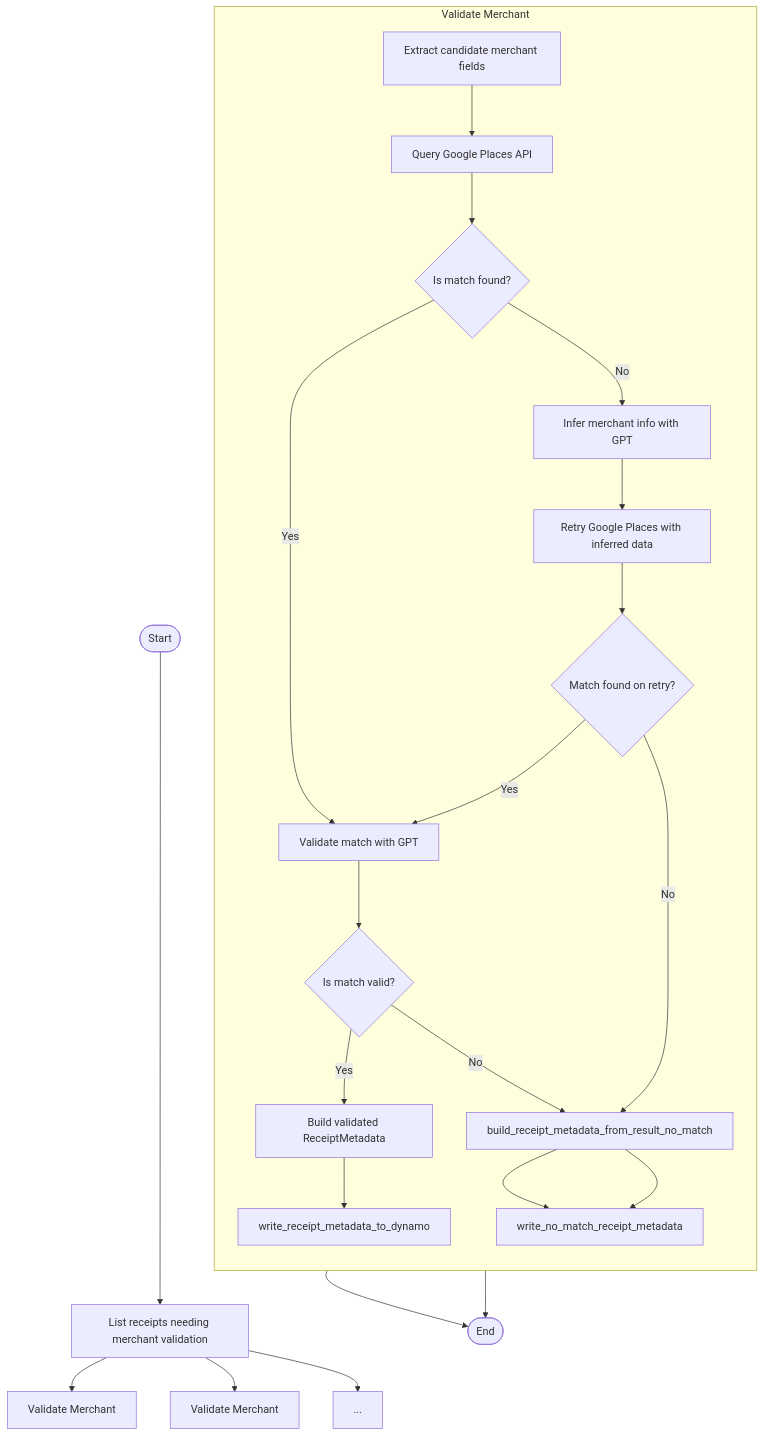
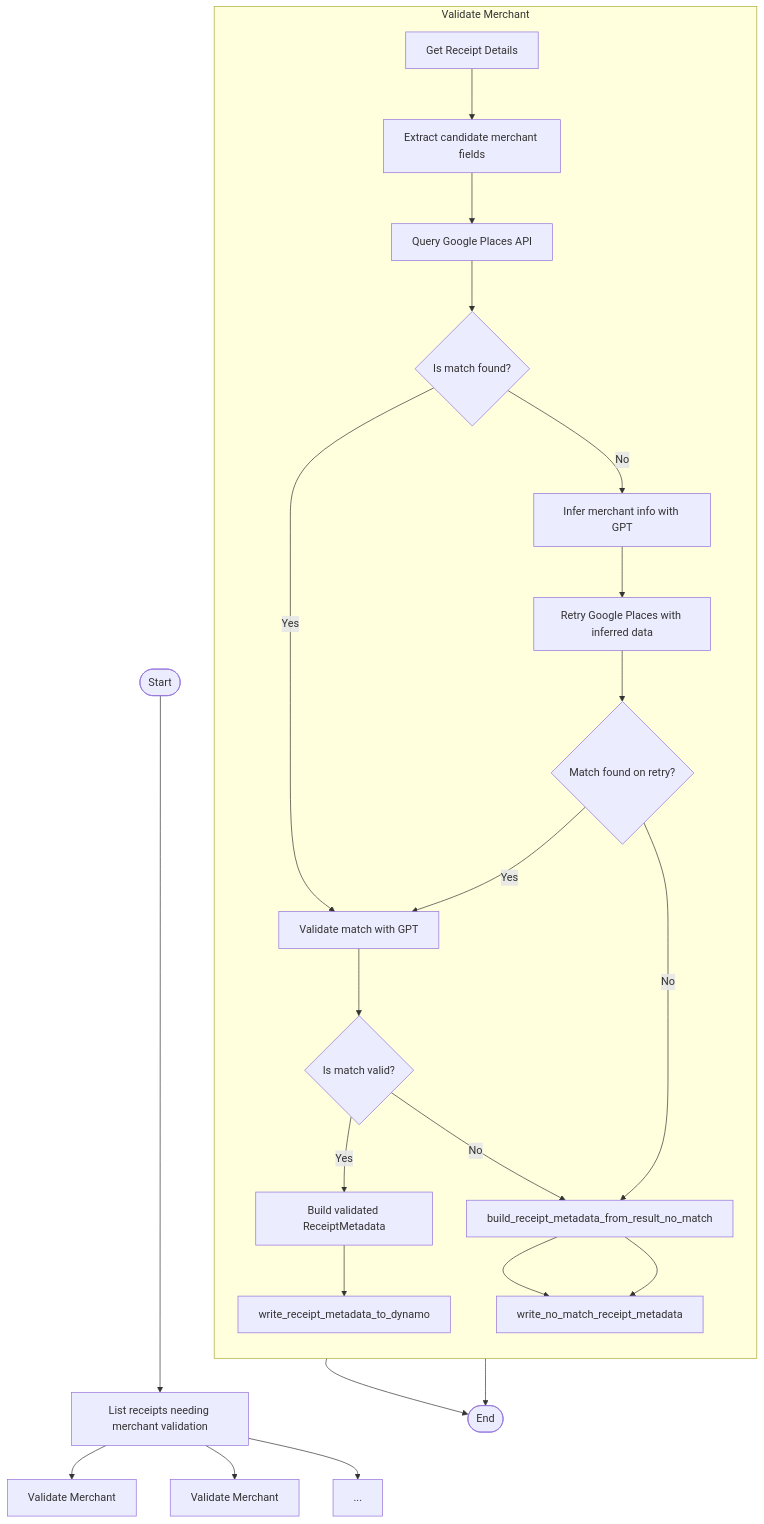
The diagram in receipt_label/receipt_label/merchant_validation/README.md (tnorlund/Portfolio), drawn with Mermaid before and after one commit. The commit also changed other lines of this file, not shown here.

````diff
--- a/receipt_label/receipt_label/merchant_validation/README.md
+++ b/receipt_label/receipt_label/merchant_validation/README.md
@@ -81,28 +85,29 @@
 ```mermaid
 flowchart TD
     Start([Start]) --> list_receipts["List receipts needing merchant validation"]
     list_receipts --> ValidateMerchant0["Validate Merchant"]
     list_receipts --> ValidateMerchant1["Validate Merchant"]
     list_receipts --> ValidateMerchantEllipsis["..."]
 
 
     subgraph "Validate Merchant"
         direction TB
-        extract_candidate_merchant_fields["Extract candidate merchant fields"] --> query_google_places["Query Google Places API"]
+        get_receipt_details["Get Receipt Details"] --> extract_candidate_merchant_fields["Extract candidate merchant fields"]
+        extract_candidate_merchant_fields --> query_google_places["Query Google Places API"]
         query_google_places --> IsMatchFound{"Is match found?"}
 
         IsMatchFound -- Yes --> validate_match_with_gpt["Validate match with GPT"]
         IsMatchFound -- No --> InferWithGPT["Infer merchant info with GPT"]
         InferWithGPT --> retry_google_search_with_inferred_data["Retry Google Places with inferred data"]
         retry_google_search_with_inferred_data --> IsRetryMatchFound{"Match found on retry?"}
         IsRetryMatchFound -- Yes --> validate_match_with_gpt
         IsRetryMatchFound -- No --> build_receipt_metadata_from_result_no_match --> write_no_match_receipt_metadata
 
         validate_match_with_gpt --> IsValid{"Is match valid?"}
         IsValid -- Yes --> build_receipt_metadata_from_result["Build validated ReceiptMetadata"] --> write_receipt_metadata_to_dynamo
         IsValid -- No --> build_receipt_metadata_from_result_no_match --> write_no_match_receipt_metadata
     end
 
     write_no_match_receipt_metadata --> End([End])
     write_receipt_metadata_to_dynamo --> End([End])
 ```
````
